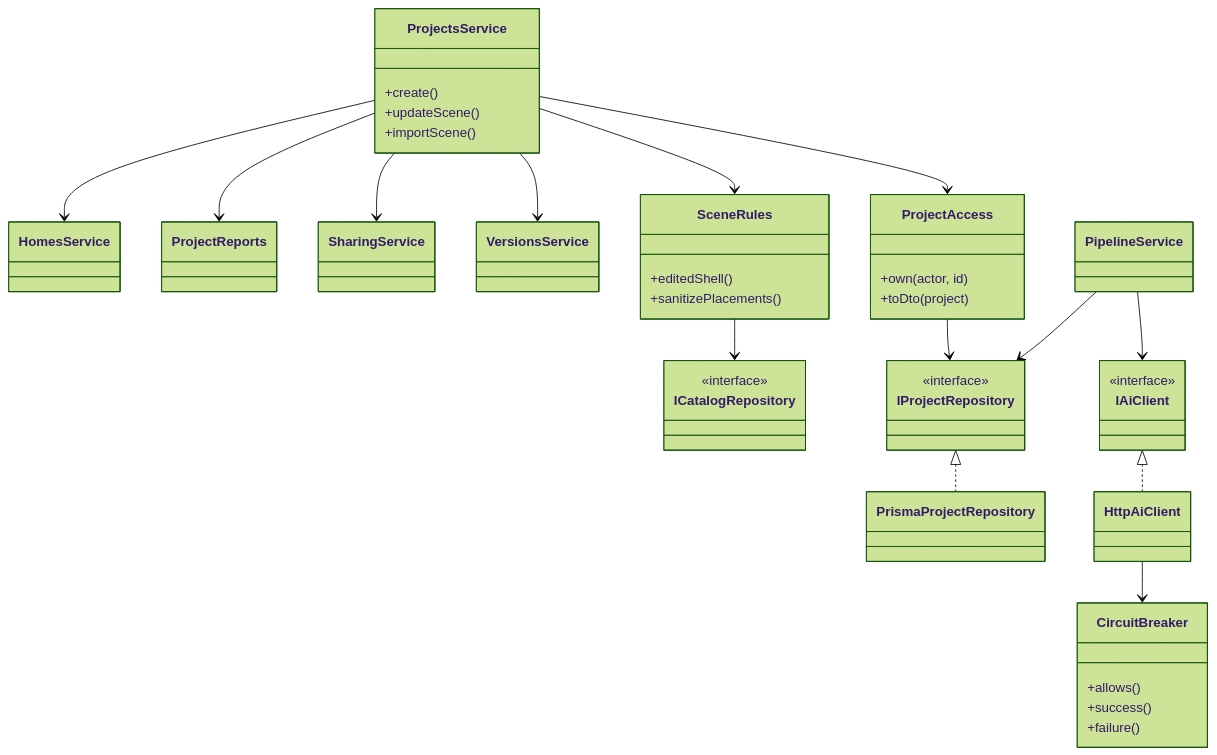
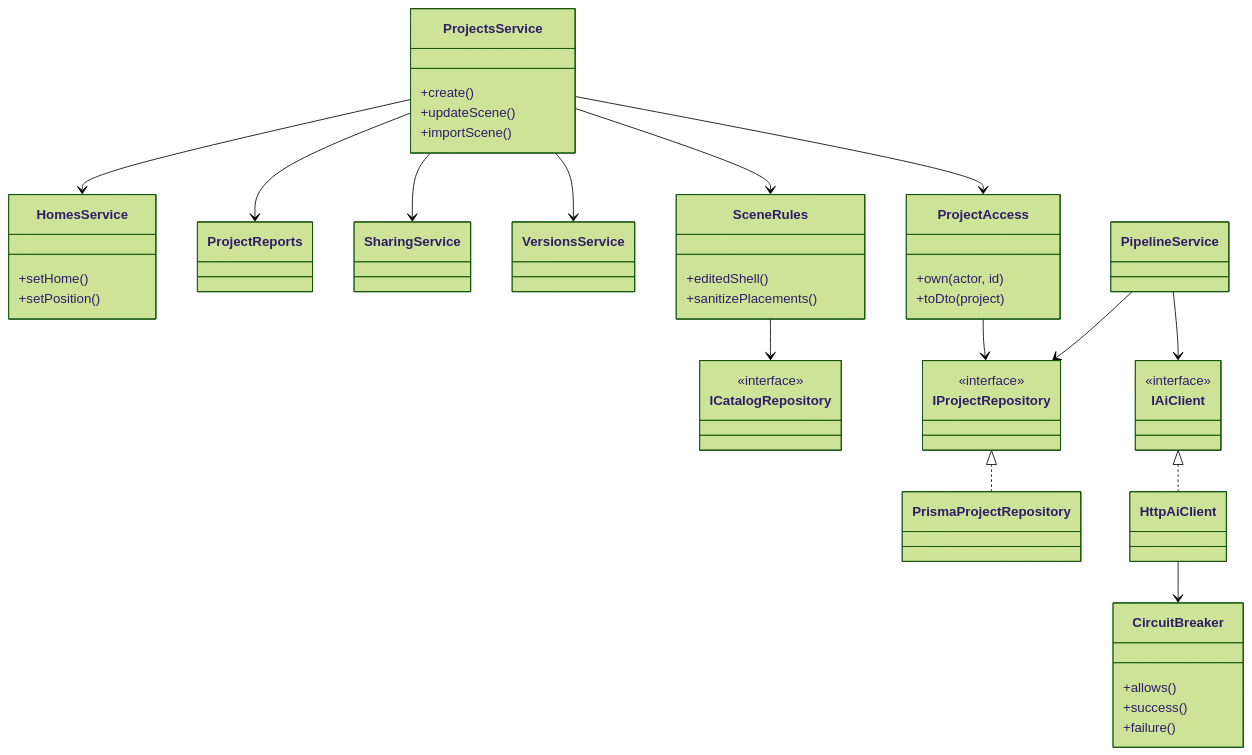
The third of 5 diagrams in docs/diagrama-de-clases.md (St-Alejo/dise-o_int), drawn with Mermaid (forest theme) before and after one commit. The commit also changed other lines of this file and 5 other files, not shown here.

First line of the commit message:
docs: ADR-0022, diagrama de clases y README al día con el plan v6

````diff
--- a/docs/diagrama-de-clases.md
+++ b/docs/diagrama-de-clases.md
@@ -130,51 +138,54 @@
 ```mermaid
 classDiagram
   class ProjectsService {
     +create()
     +updateScene()
     +importScene()
   }
   class ProjectAccess {
     +own(actor, id)
     +toDto(project)
   }
   class SceneRules {
     +editedShell()
     +sanitizePlacements()
   }
   class VersionsService
   class SharingService
   class ProjectReports
-  class HomesService
+  class HomesService {
+    +setHome()
+    +setPosition()
+  }
   class IProjectRepository {
     <<interface>>
   }
   class ICatalogRepository {
     <<interface>>
   }
   class IAiClient {
     <<interface>>
   }
   class PrismaProjectRepository
   class HttpAiClient
   class CircuitBreaker {
     +allows()
     +success()
     +failure()
   }
   class PipelineService
 
   ProjectsService --> ProjectAccess
   ProjectsService --> SceneRules
   ProjectsService --> VersionsService
   ProjectsService --> SharingService
   ProjectsService --> ProjectReports
   ProjectsService --> HomesService
   ProjectAccess --> IProjectRepository
   SceneRules --> ICatalogRepository
   IProjectRepository <|.. PrismaProjectRepository
   IAiClient <|.. HttpAiClient
   HttpAiClient --> CircuitBreaker
   PipelineService --> IAiClient
   PipelineService --> IProjectRepository
 ```
````
